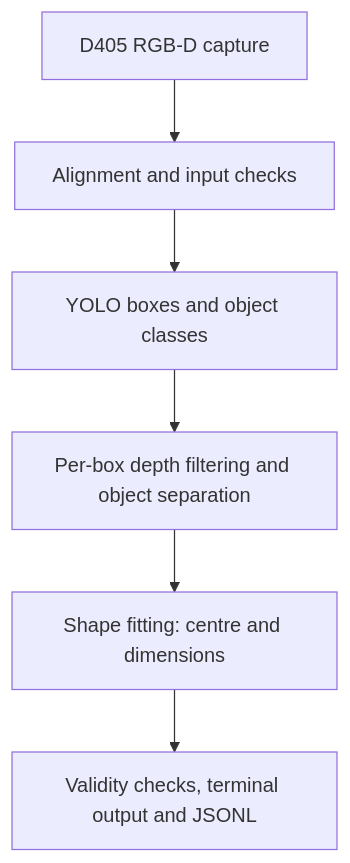
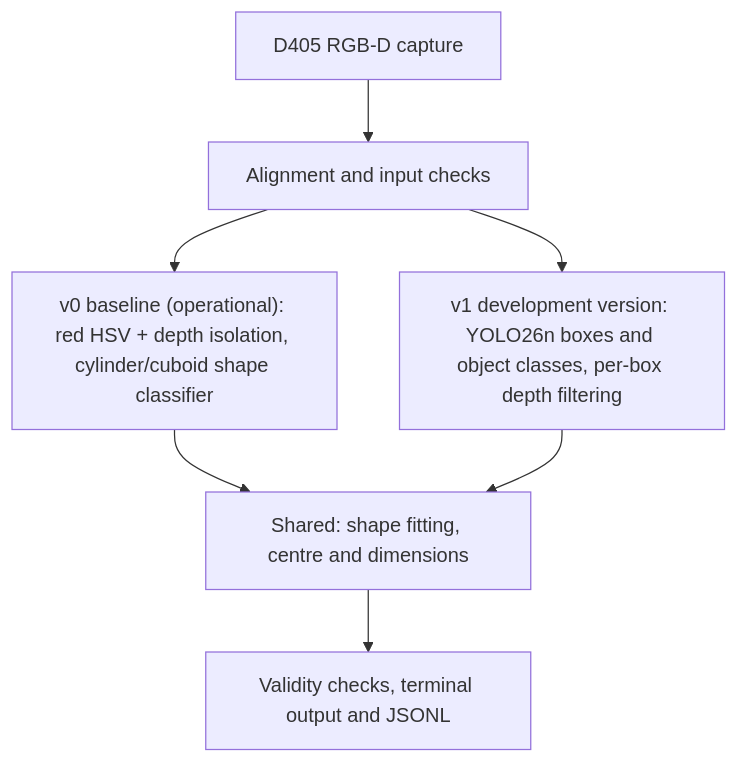
The diagram in docs/design/2026-2027/computer-vision/README.md (N-Pulse/ARM-SOFT-Grasping), drawn with Mermaid before and after one commit. The commit also changed other lines of this file, not shown here.

First line of the commit message:
docs(cv): present baseline v0 and development version v1 in the DSD

````diff
--- a/docs/design/2026-2027/computer-vision/README.md
+++ b/docs/design/2026-2027/computer-vision/README.md
@@ -89,8 +93,9 @@
 ```mermaid
 flowchart TD
     A[D405 RGB-D capture] --> B[Alignment and input checks]
-    B --> C[YOLO boxes and object classes]
-    C --> D[Per-box depth filtering and object separation]
-    D --> E[Shape fitting: centre and dimensions]
+    B --> V0["v0 baseline (operational): red HSV + depth isolation, cylinder/cuboid shape classifier"]
+    B --> V1["v1 development version: YOLO26n boxes and object classes, per-box depth filtering"]
+    V0 --> E[Shared: shape fitting, centre and dimensions]
+    V1 --> E
     E --> F[Validity checks, terminal output and JSONL]
 ```
````
